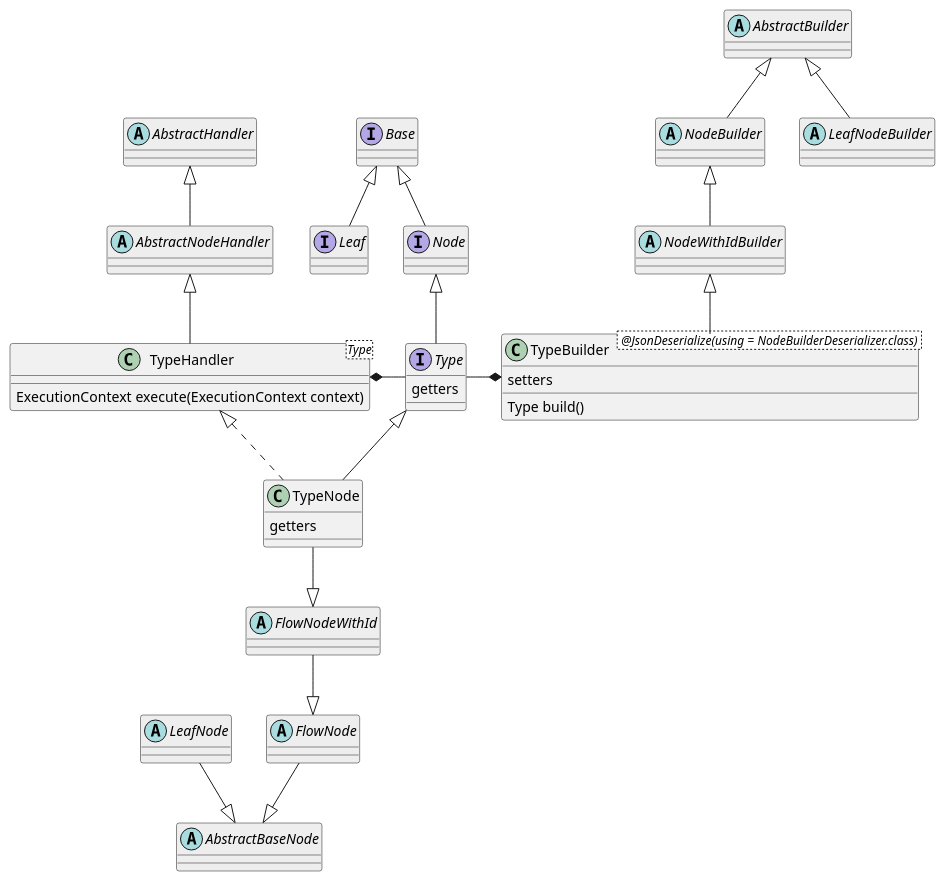
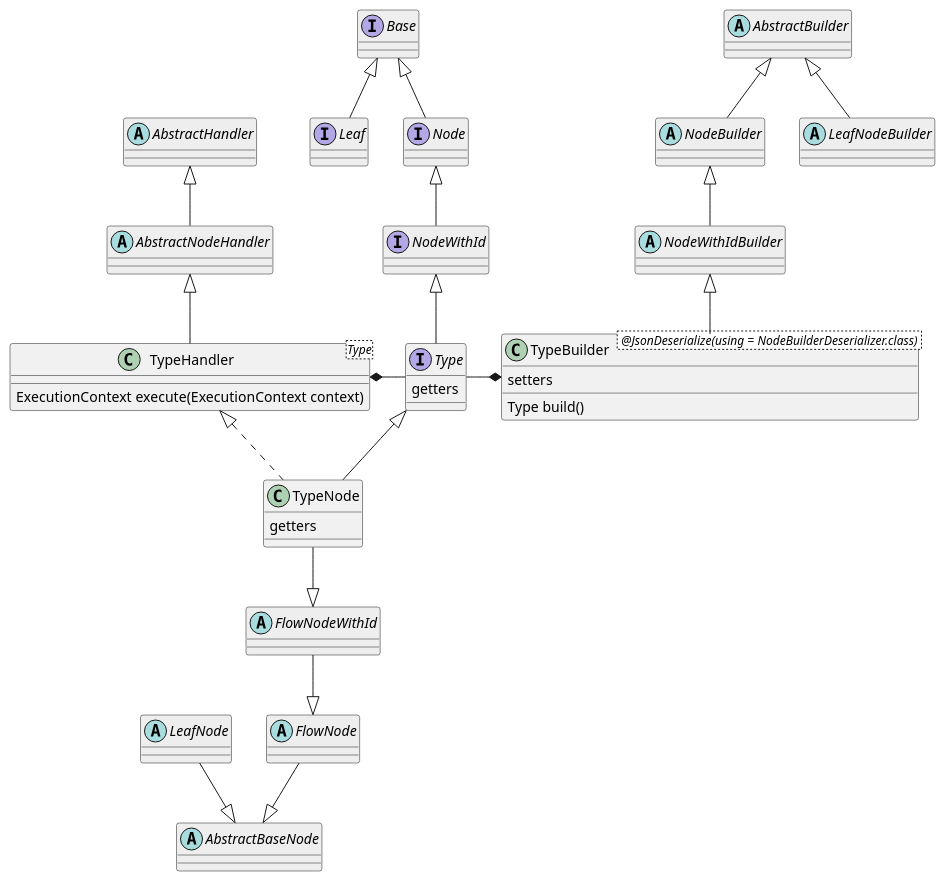
Before and after one commit to descoped/data-collector-documentation: the diagram in docs/puml/builder-class-diagram.puml, drawn with PlantUML. The commit also changed 3 other files, not shown here.

Commit message:
Http Builder class diagram

```diff
--- a/docs/puml/builder-class-diagram.puml
+++ b/docs/puml/builder-class-diagram.puml
@@ -1,59 +1,62 @@
 @startuml
 
 interface Base #EEE {
 }
 interface Leaf #EEE {
 }
 interface Node #EEE {
 }
+interface NodeWithId #EEE {
+}
 interface Type {
     getters
 }
 
 Base <|-down- Leaf
 Base <|-down- Node
-Node <|-down- Type
+Node <|-down- NodeWithId
+NodeWithId <|-down- Type
 Type <|-- TypeNode
 
 abstract class AbstractBaseNode #EEE
 abstract class FlowNode #EEE
 abstract class LeafNode #EEE
 abstract class FlowNodeWithId #EEE
 class TypeNode {
     getters
 }
 
 AbstractBaseNode <|-up- FlowNode
 AbstractBaseNode <|-up- LeafNode
 FlowNode <|-up- FlowNodeWithId
 FlowNodeWithId <|-up- TypeNode
 
 
 
 abstract class AbstractBuilder #EEE
 abstract class NodeBuilder #EEE
 abstract class LeafNodeBuilder #EEE
 abstract class NodeWithIdBuilder #EEE
 class TypeBuilder < @JsonDeserialize(using = NodeBuilderDeserializer.class) > {
     setters
     Type build()
 }
 
 TypeBuilder *-left- Type
 AbstractBuilder <|-- LeafNodeBuilder
 AbstractBuilder <|-- NodeBuilder
 NodeBuilder <|-- NodeWithIdBuilder
 NodeWithIdBuilder <|-down- TypeBuilder
 
 
 abstract class AbstractHandler #EEE
 abstract class AbstractNodeHandler #EEE extends AbstractHandler
 
 class TypeHandler<Type> extends AbstractNodeHandler {
     ExecutionContext execute(ExecutionContext context)
 }
 
 TypeHandler *- Type
 TypeHandler <|.. TypeNode
 
 @enduml
```
